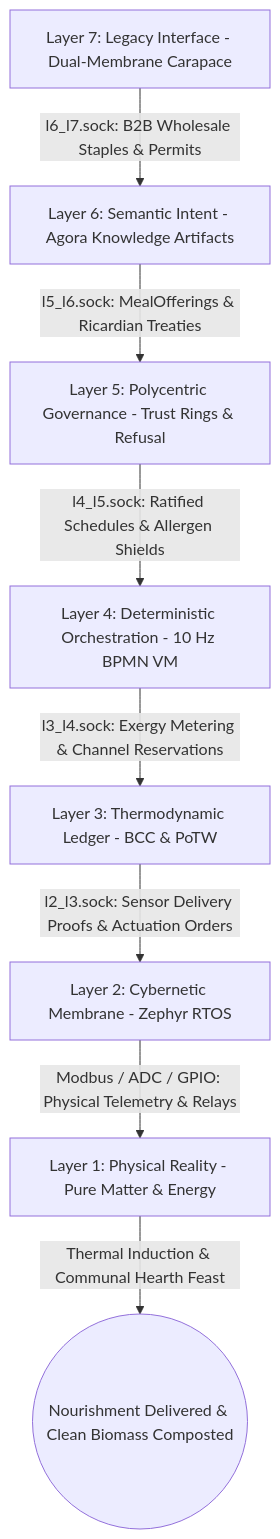
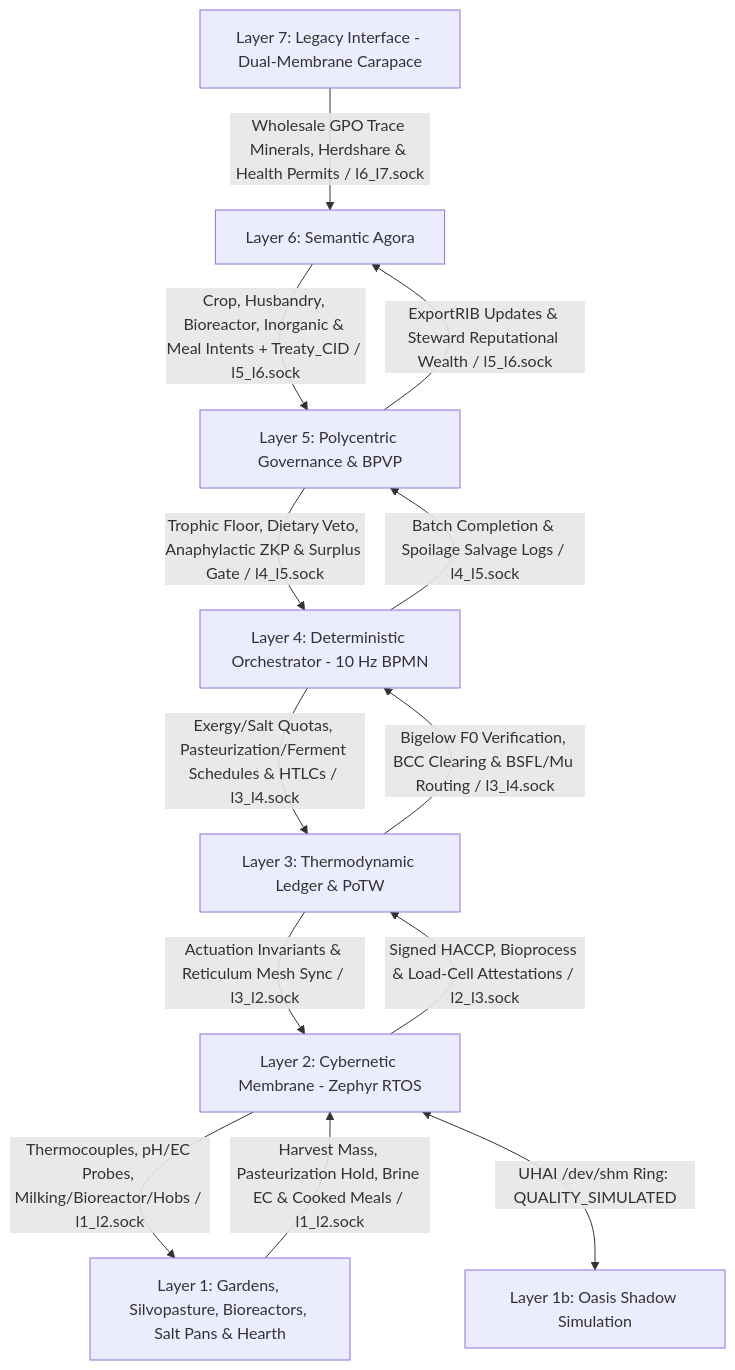
Before and after one commit to raffaine/collective: the first of 3 diagrams in docs/scenarios/gamma_kitchen.md, drawn with Mermaid. The commit also changed other lines of this file and 56 other files, not shown here.

Commit message:
feat(sprints-11-14): implement Homestead playability, 3D pathfinding, Scenario Gamma kitchen, Async Node Proxies, and Layer 6/5/4 architecture

````diff
--- a/docs/scenarios/gamma_kitchen.md
+++ b/docs/scenarios/gamma_kitchen.md
@@ -42,10 +144,15 @@
 ```mermaid
 graph TD
-    L7[Layer 7: Legacy Interface - Dual-Membrane Carapace] -->|l6_l7.sock: B2B Wholesale Staples & Permits| L6[Layer 6: Semantic Intent - Agora Knowledge Artifacts]
-    L6 -->|l5_l6.sock: MealOfferings & Ricardian Treaties| L5[Layer 5: Polycentric Governance - Trust Rings & Refusal]
-    L5 -->|l4_l5.sock: Ratified Schedules & Allergen Shields| L4[Layer 4: Deterministic Orchestration - 10 Hz BPMN VM]
-    L4 -->|l3_l4.sock: Exergy Metering & Channel Reservations| L3[Layer 3: Thermodynamic Ledger - BCC & PoTW]
-    L3 -->|l2_l3.sock: Sensor Delivery Proofs & Actuation Orders| L2[Layer 2: Cybernetic Membrane - Zephyr RTOS]
-    L2 -->|Modbus / ADC / GPIO: Physical Telemetry & Relays| L1[Layer 1: Physical Reality - Pure Matter & Energy]
-    L1 -->|Thermal Induction & Communal Hearth Feast| End((Nourishment Delivered & Clean Biomass Composted))
+    L7[Layer 7: Legacy Interface - Dual-Membrane Carapace] -->|Wholesale GPO Trace Minerals, Herdshare & Health Permits / l6_l7.sock| L6[Layer 6: Semantic Agora]
+    L6 -->|Crop, Husbandry, Bioreactor, Inorganic & Meal Intents + Treaty_CID / l5_l6.sock| L5[Layer 5: Polycentric Governance & BPVP]
+    L5 -->|Trophic Floor, Dietary Veto, Anaphylactic ZKP & Surplus Gate / l4_l5.sock| L4[Layer 4: Deterministic Orchestrator - 10 Hz BPMN]
+    L4 -->|Exergy/Salt Quotas, Pasteurization/Ferment Schedules & HTLCs / l3_l4.sock| L3[Layer 3: Thermodynamic Ledger & PoTW]
+    L3 -->|Actuation Invariants & Reticulum Mesh Sync / l3_l2.sock| L2[Layer 2: Cybernetic Membrane - Zephyr RTOS]
+    L2 -->|Thermocouples, pH/EC Probes, Milking/Bioreactor/Hobs / l1_l2.sock| L1[Layer 1: Gardens, Silvopasture, Bioreactors, Salt Pans & Hearth]
+    L2 <-->|UHAI /dev/shm Ring: QUALITY_SIMULATED| L1b[Layer 1b: Oasis Shadow Simulation]
+    L1 -->|Harvest Mass, Pasteurization Hold, Brine EC & Cooked Meals / l1_l2.sock| L2
+    L2 -->|Signed HACCP, Bioprocess & Load-Cell Attestations / l2_l3.sock| L3
+    L3 -->|Bigelow F0 Verification, BCC Clearing & BSFL/Mu Routing / l3_l4.sock| L4
+    L4 -->|Batch Completion & Spoilage Salvage Logs / l4_l5.sock| L5
+    L5 -->|ExportRIB Updates & Steward Reputational Wealth / l5_l6.sock| L6
 ```
````
